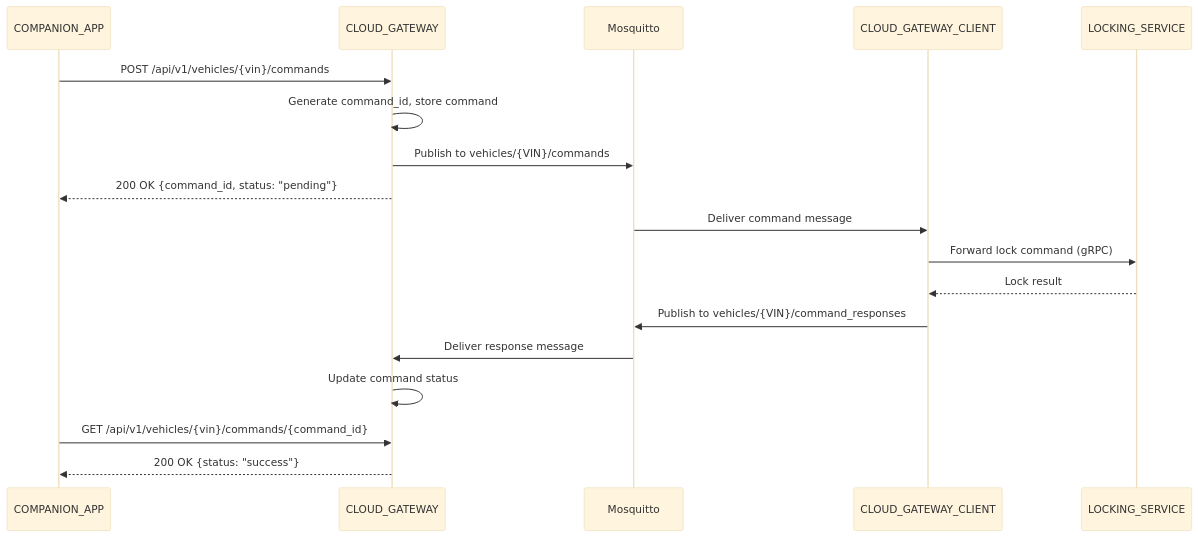
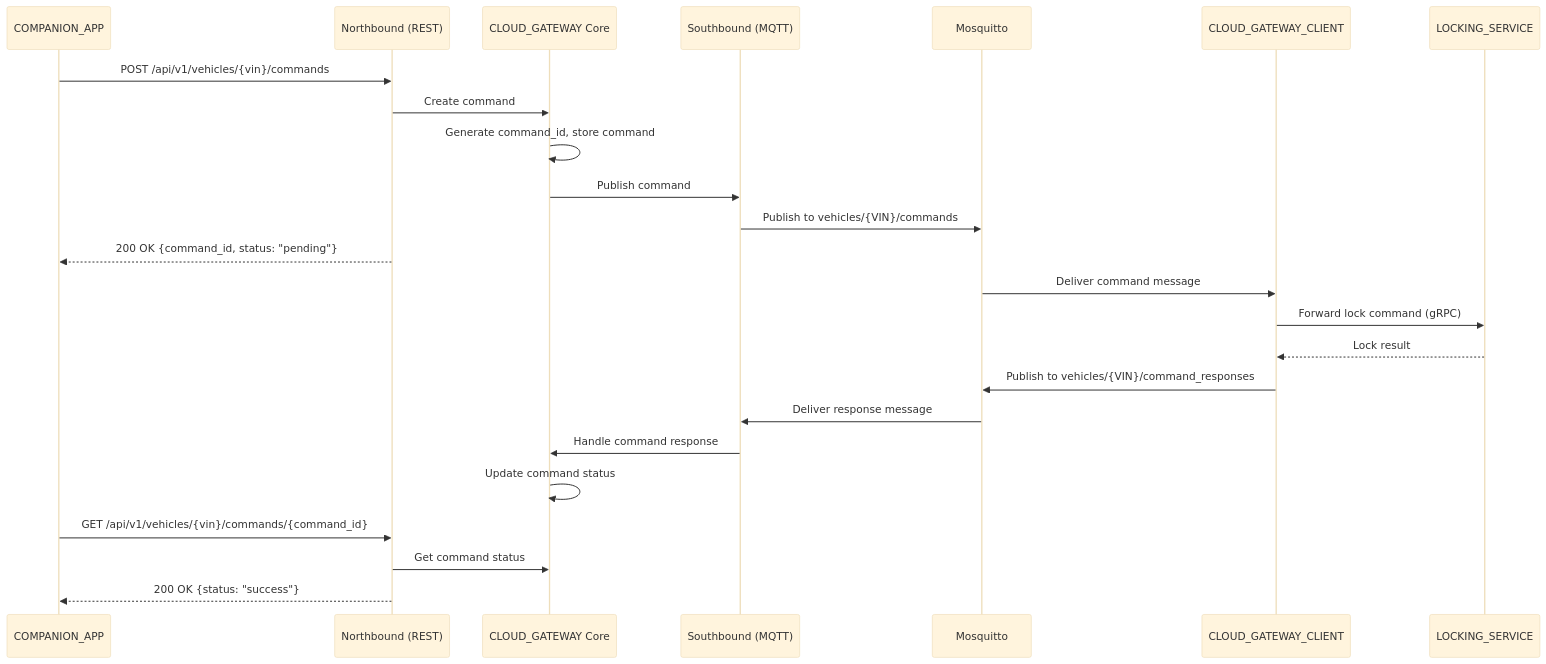
Before and after one commit to rhadp/parking-fee-service: the fourth of 5 diagrams in .kiro/specs/cloud-gateway/design.md, drawn with Mermaid (base theme). The commit also changed other lines of this file and 1 other file, not shown here.

Commit message:
Updated introduction to clearly describe the two interfaces (Northbound REST API for COMPANION_APP, Southbound MQTT for CLOUD_GATEWAY_CLIENT)

````diff
--- a/.kiro/specs/cloud-gateway/design.md
+++ b/.kiro/specs/cloud-gateway/design.md
@@ -84,24 +131,30 @@
 ```mermaid
 sequenceDiagram
     participant CA as COMPANION_APP
-    participant CG as CLOUD_GATEWAY
+    participant NB as Northbound (REST)
+    participant CG as CLOUD_GATEWAY Core
+    participant SB as Southbound (MQTT)
     participant MQ as Mosquitto
     participant CGC as CLOUD_GATEWAY_CLIENT
     participant LS as LOCKING_SERVICE
     
-    CA->>CG: POST /api/v1/vehicles/{vin}/commands
+    CA->>NB: POST /api/v1/vehicles/{vin}/commands
+    NB->>CG: Create command
     CG->>CG: Generate command_id, store command
-    CG->>MQ: Publish to vehicles/{VIN}/commands
-    CG-->>CA: 200 OK {command_id, status: "pending"}
+    CG->>SB: Publish command
+    SB->>MQ: Publish to vehicles/{VIN}/commands
+    NB-->>CA: 200 OK {command_id, status: "pending"}
     
     MQ->>CGC: Deliver command message
     CGC->>LS: Forward lock command (gRPC)
     LS-->>CGC: Lock result
     CGC->>MQ: Publish to vehicles/{VIN}/command_responses
     
-    MQ->>CG: Deliver response message
+    MQ->>SB: Deliver response message
+    SB->>CG: Handle command response
     CG->>CG: Update command status
     
-    CA->>CG: GET /api/v1/vehicles/{vin}/commands/{command_id}
-    CG-->>CA: 200 OK {status: "success"}
+    CA->>NB: GET /api/v1/vehicles/{vin}/commands/{command_id}
+    NB->>CG: Get command status
+    NB-->>CA: 200 OK {status: "success"}
 ```
````
